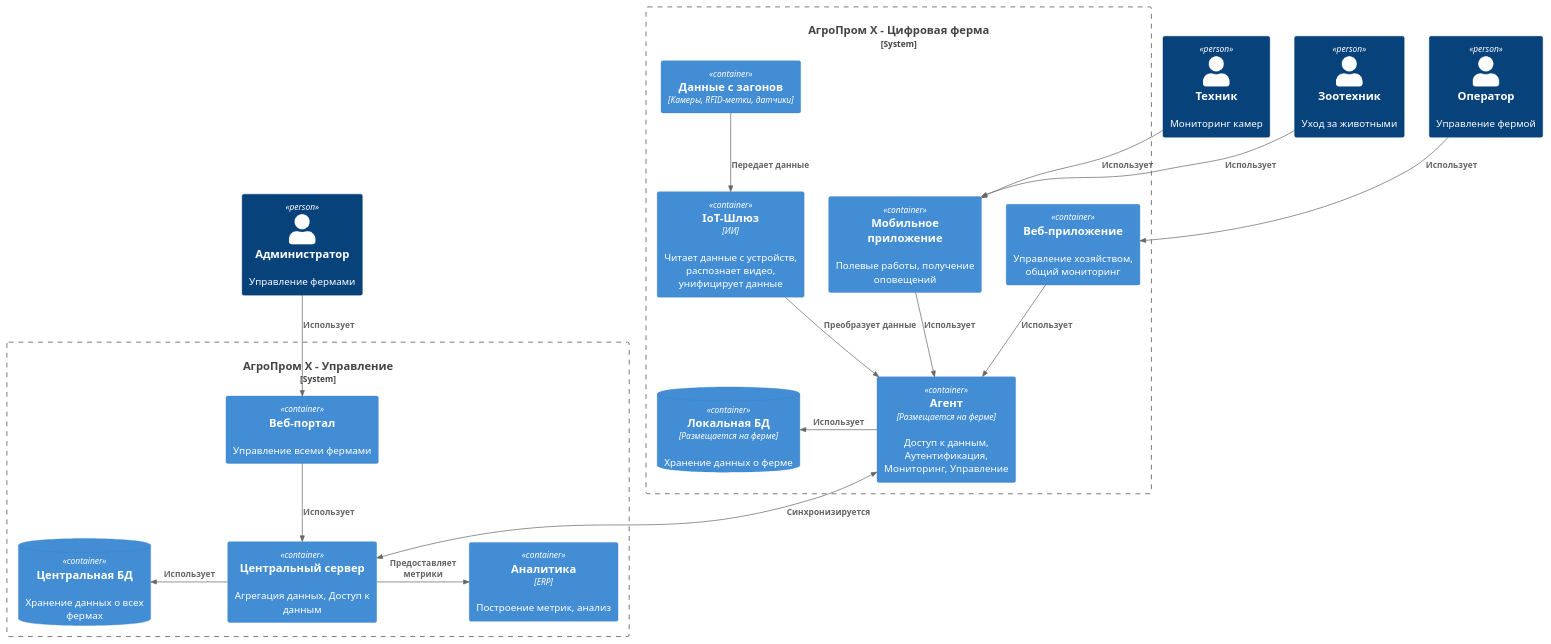
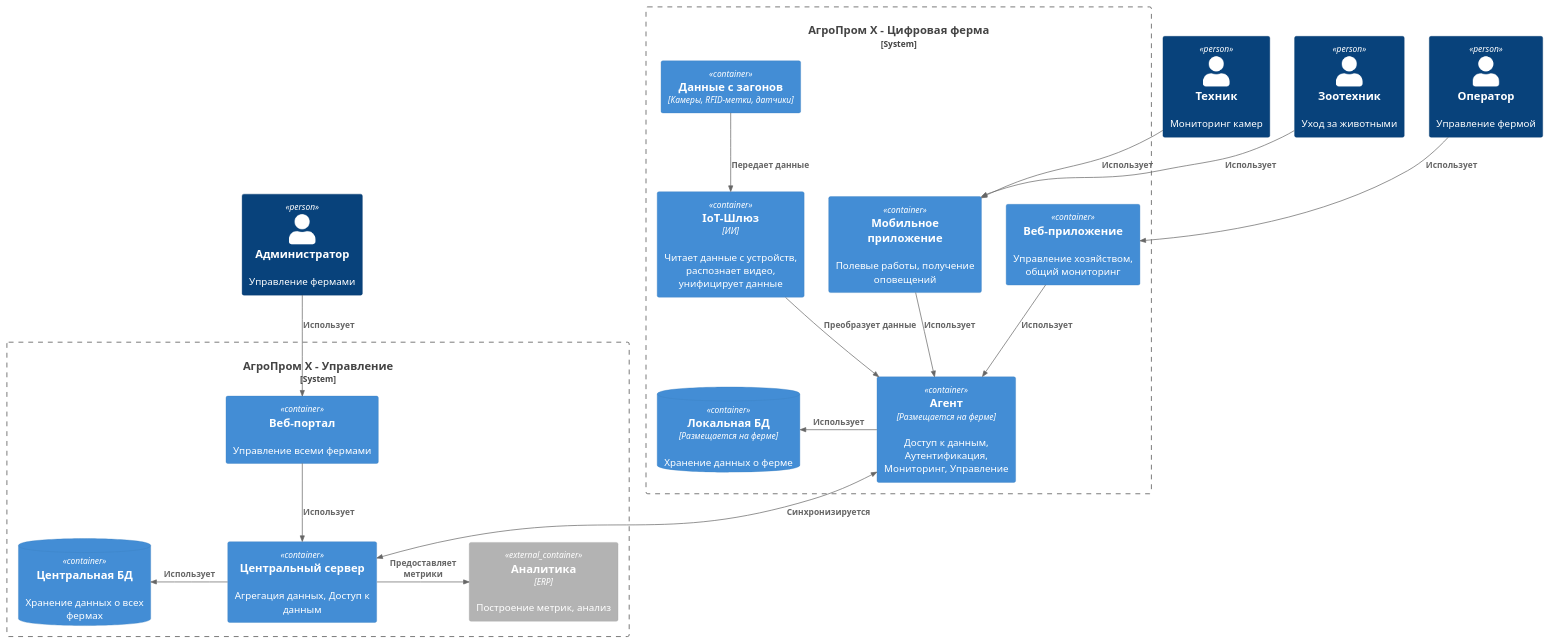
The diagram in Task1/agrotech_context.puml (KatChaotic/MSA-AgroTech), drawn with PlantUML before and after one commit. The commit also changed 16 other files, not shown here.

```diff
--- a/Task1/agrotech_context.puml
+++ b/Task1/agrotech_context.puml
@@ -1,62 +1,62 @@
 @startuml
 
 !include https://raw.githubusercontent.com/plantuml-stdlib/C4-PlantUML/master/C4_Container.puml
 
 ' === Участники ===
 
 Person(техник, "Техник", "Мониторинг камер")
 Person(зоотехник, "Зоотехник", "Уход за животными")
 Person(оператор, "Оператор", "Управление фермой")
 Person(администратор, "Администратор", "Управление фермами")
 
 
 System_Boundary(farm, "АгроПром Х - Цифровая ферма") {
     Container(house, "Данные с загонов", "Камеры, RFID-метки, датчики")
 
     Container(iot_gateway, "IoT-Шлюз", "ИИ", "Читает данные с устройств, распознает видео, унифицирует данные")
 
     Container(мобильное_приложение, "Мобильное приложение", "", "Полевые работы, получение оповещений")
     Container(веб_приложение, "Веб-приложение", "", "Управление хозяйством, общий мониторинг")
 
     Container(agent, "Агент", "Размещается на ферме", "Доступ к данным, Аутентификация, Мониторинг, Управление")
 
     ContainerDb(agent_db, "Локальная БД", "Размещается на ферме", "Хранение данных о ферме")
 }
 
 System_Boundary(office, "АгроПром Х - Управление") {
     Container(master, "Центральный сервер", "", "Агрегация данных, Доступ к данным")
     ContainerDb(master_db, "Центральная БД", "", "Хранение данных о всех фермах")
 
     Container(веб_портал, "Веб-портал", "", "Управление всеми фермами")
 
-    Container(аналитика, "Аналитика", "ERP", "Построение метрик, анализ")
+    Container_Ext(аналитика, "Аналитика", "ERP", "Построение метрик, анализ")
 }
 
 ' Персонал
 Rel(техник, мобильное_приложение, "Использует")
 Rel(зоотехник, мобильное_приложение, "Использует")
 
 Rel(оператор, веб_приложение, "Использует")
 Rel(администратор, веб_портал, "Использует")
 
 ' Сбор данных
 Rel_Down(house, iot_gateway, "Передает данные", "")
 Rel_Down(iot_gateway, agent, "Преобразует данные")
 
 ' Агент
 Rel_L(agent, agent_db, "Использует")
 
 ' Пользовательский функционал
 Rel(мобильное_приложение, agent, "Использует")
 Rel(веб_приложение, agent, "Использует")
 
 ' Центральный сервер
 BiRel_Down(agent, master, "Синхронизируется")
 Rel_L(master, master_db, "Использует")
 
 Rel(веб_портал, master, "Использует")
 
 ' Внешние интеграции
 Rel_R(master, аналитика, "Предоставляет метрики")
 
 @enduml
```
